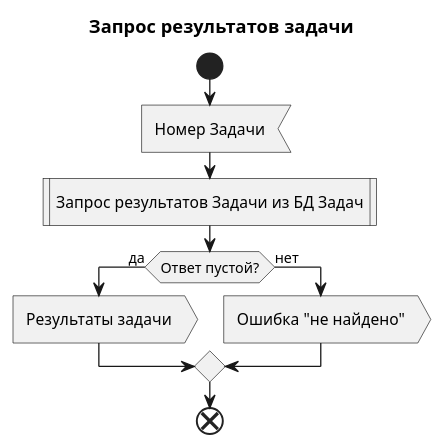
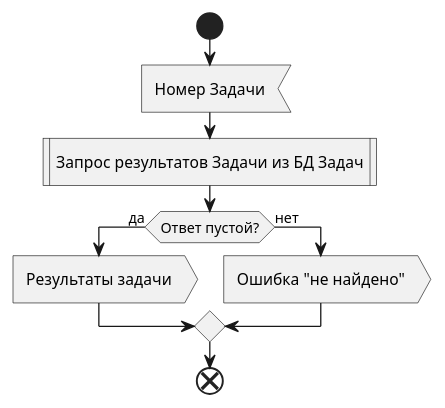
The second of 3 diagrams in docs/diagrams/activity/Job.WebApi.puml (mrypdm/JobSystem), drawn with PlantUML before and after one commit. The commit also changed other lines of this file and 19 other files, not shown here.

```diff
--- a/docs/diagrams/activity/Job.WebApi.puml
+++ b/docs/diagrams/activity/Job.WebApi.puml
@@ -22,17 +20,15 @@
-@startuml Get Job result
-
-title Запрос результатов задачи
+@startuml WEBAPI Get Job result
 
 start
 
 :Номер Задачи<
 :Запрос результатов Задачи из БД Задач|
 if (Ответ пустой?) then (да)
     :Результаты задачи>
 else (нет)
     :Ошибка "не найдено">
 endif
 
 end
 
 @enduml
```
